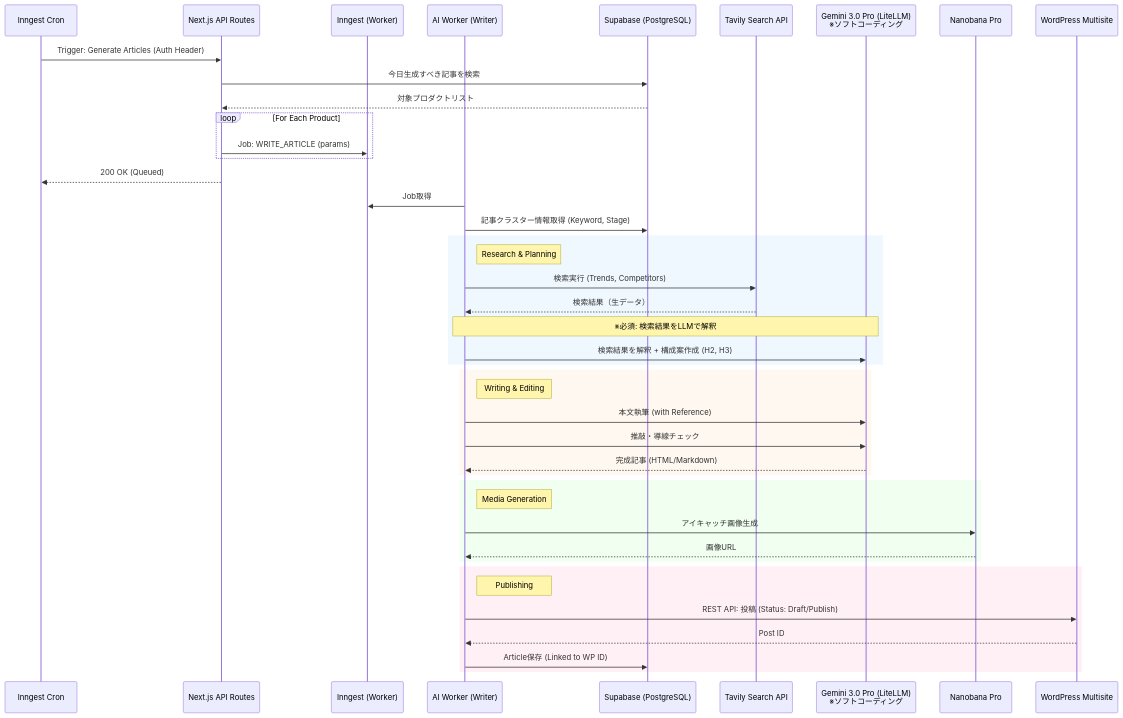
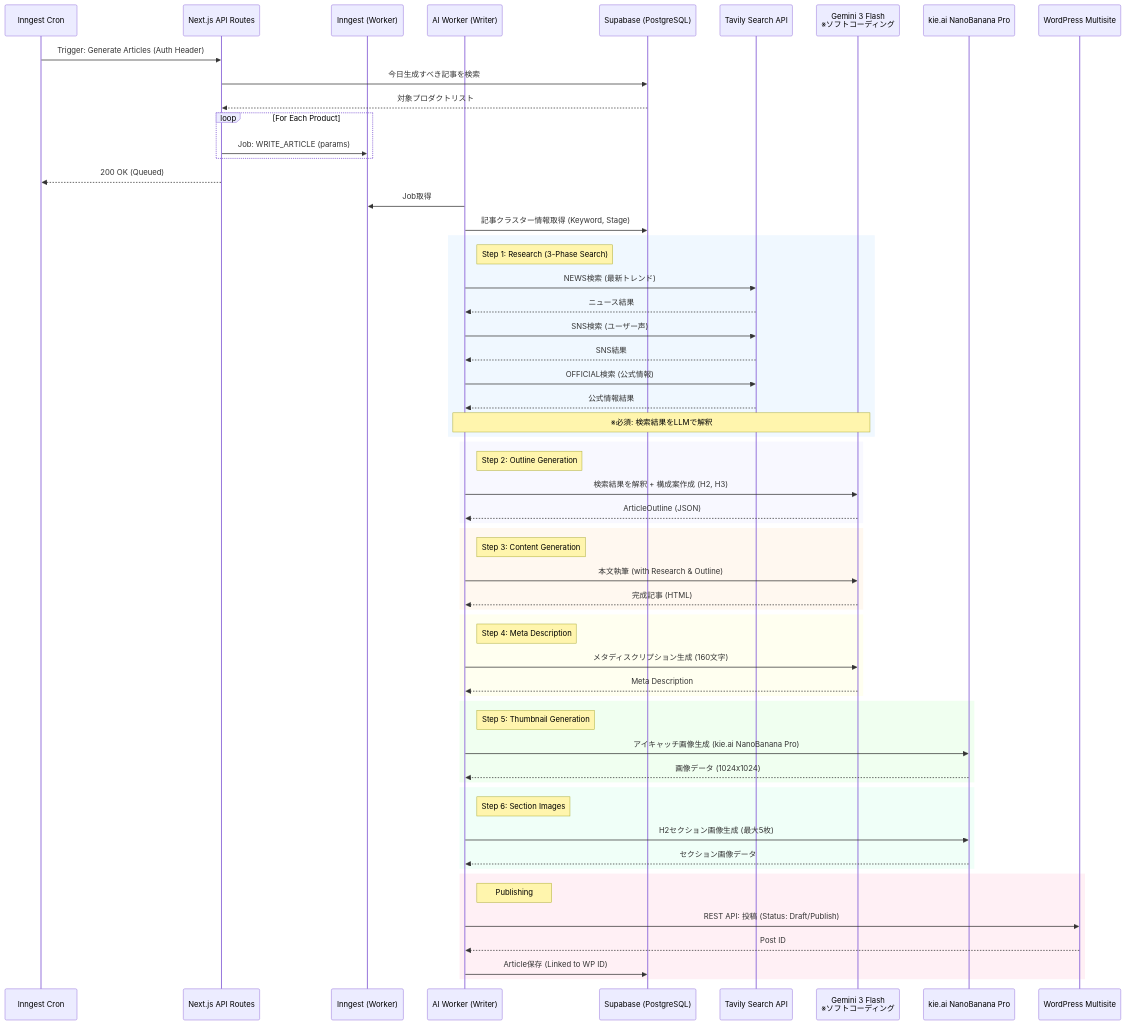
The second of 3 diagrams in docs/architecture/05_Sequence_Diagrams.md (nakia73/AutoWordPress), drawn with Mermaid before and after one commit. The commit also changed other lines of this file and 57 other files, not shown here.

````diff
--- a/docs/architecture/05_Sequence_Diagrams.md
+++ b/docs/architecture/05_Sequence_Diagrams.md
@@ -104,53 +104,73 @@
 ```mermaid
 sequenceDiagram
     participant Scheduler as Inngest Cron
     participant NextAPI as Next.js API Routes
     participant Inngest as Inngest (Worker)
     participant Writer as AI Worker (Writer)
     participant DB as Supabase (PostgreSQL)
     participant Tavily as Tavily Search API
-    participant LLM as Gemini 3.0 Pro (LiteLLM)<br/>※ソフトコーディング
-    participant ImageGen as Nanobana Pro
+    participant LLM as Gemini 3 Flash<br/>※ソフトコーディング
+    participant ImageGen as kie.ai NanoBanana Pro
     participant UserWP as WordPress Multisite
 
     Scheduler->>NextAPI: Trigger: Generate Articles (Auth Header)
     NextAPI->>DB: 今日生成すべき記事を検索
     DB-->>NextAPI: 対象プロダクトリスト
 
     loop For Each Product
         NextAPI->>Inngest: Job: WRITE_ARTICLE (params)
     end
 
     NextAPI-->>Scheduler: 200 OK (Queued)
 
     Writer->>Inngest: Job取得
     Writer->>DB: 記事クラスター情報取得 (Keyword, Stage)
 
     rect rgb(240, 248, 255)
-        note right of Writer: Research & Planning
-        Writer->>Tavily: 検索実行 (Trends, Competitors)
-        Tavily-->>Writer: 検索結果（生データ）
+        note right of Writer: Step 1: Research (3-Phase Search)
+        Writer->>Tavily: NEWS検索 (最新トレンド)
+        Tavily-->>Writer: ニュース結果
+        Writer->>Tavily: SNS検索 (ユーザー声)
+        Tavily-->>Writer: SNS結果
+        Writer->>Tavily: OFFICIAL検索 (公式情報)
+        Tavily-->>Writer: 公式情報結果
         Note over Writer,LLM: ※必須: 検索結果をLLMで解釈
+    end
+
+    rect rgb(248, 248, 255)
+        note right of Writer: Step 2: Outline Generation
         Writer->>LLM: 検索結果を解釈 + 構成案作成 (H2, H3)
+        LLM-->>Writer: ArticleOutline (JSON)
     end
 
     rect rgb(255, 248, 240)
-        note right of Writer: Writing & Editing
-        Writer->>LLM: 本文執筆 (with Reference)
-        Writer->>LLM: 推敲・導線チェック
-        LLM-->>Writer: 完成記事 (HTML/Markdown)
+        note right of Writer: Step 3: Content Generation
+        Writer->>LLM: 本文執筆 (with Research & Outline)
+        LLM-->>Writer: 完成記事 (HTML)
+    end
+
+    rect rgb(255, 255, 240)
+        note right of Writer: Step 4: Meta Description
+        Writer->>LLM: メタディスクリプション生成 (160文字)
+        LLM-->>Writer: Meta Description
     end
 
     rect rgb(240, 255, 240)
-        note right of Writer: Media Generation
-        Writer->>ImageGen: アイキャッチ画像生成
-        ImageGen-->>Writer: 画像URL
+        note right of Writer: Step 5: Thumbnail Generation
+        Writer->>ImageGen: アイキャッチ画像生成 (kie.ai NanoBanana Pro)
+        ImageGen-->>Writer: 画像データ (1024x1024)
+    end
+
+    rect rgb(240, 255, 248)
+        note right of Writer: Step 6: Section Images
+        Writer->>ImageGen: H2セクション画像生成 (最大5枚)
+        ImageGen-->>Writer: セクション画像データ
     end
 
     rect rgb(255, 240, 245)
         note right of Writer: Publishing
         Writer->>UserWP: REST API: 投稿 (Status: Draft/Publish)
         UserWP-->>Writer: Post ID
         Writer->>DB: Article保存 (Linked to WP ID)
     end
 ```
````
